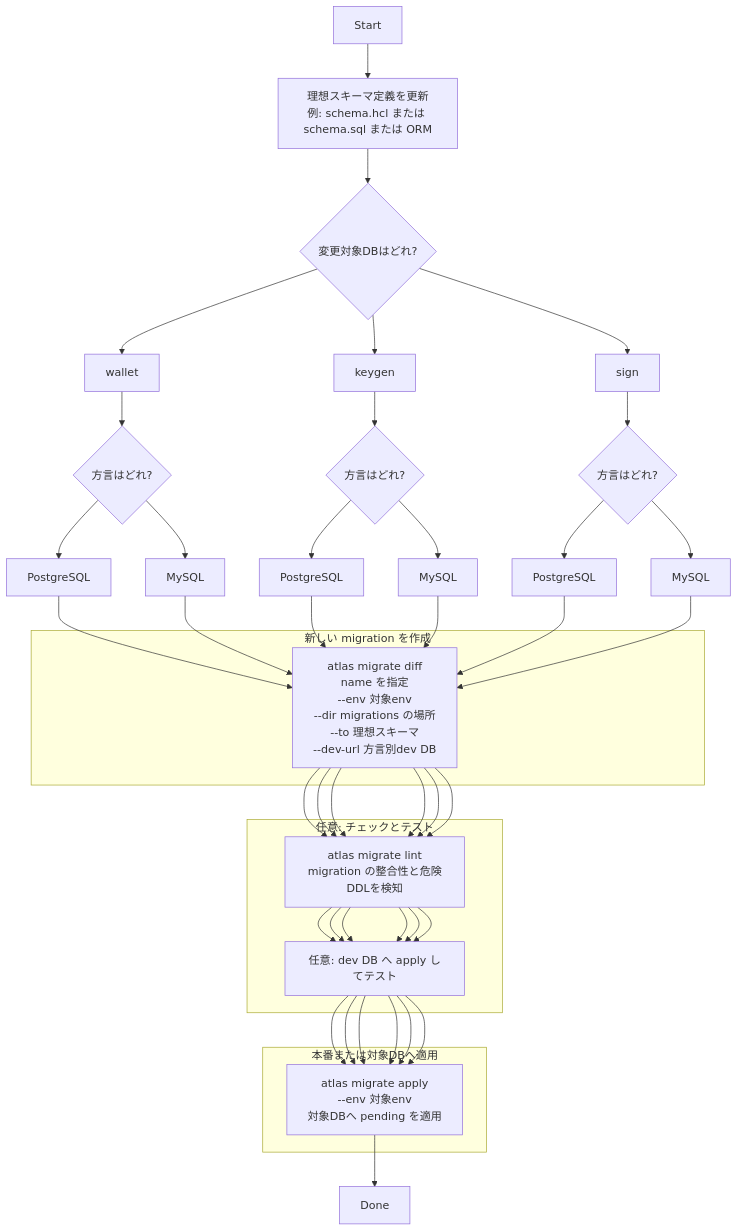
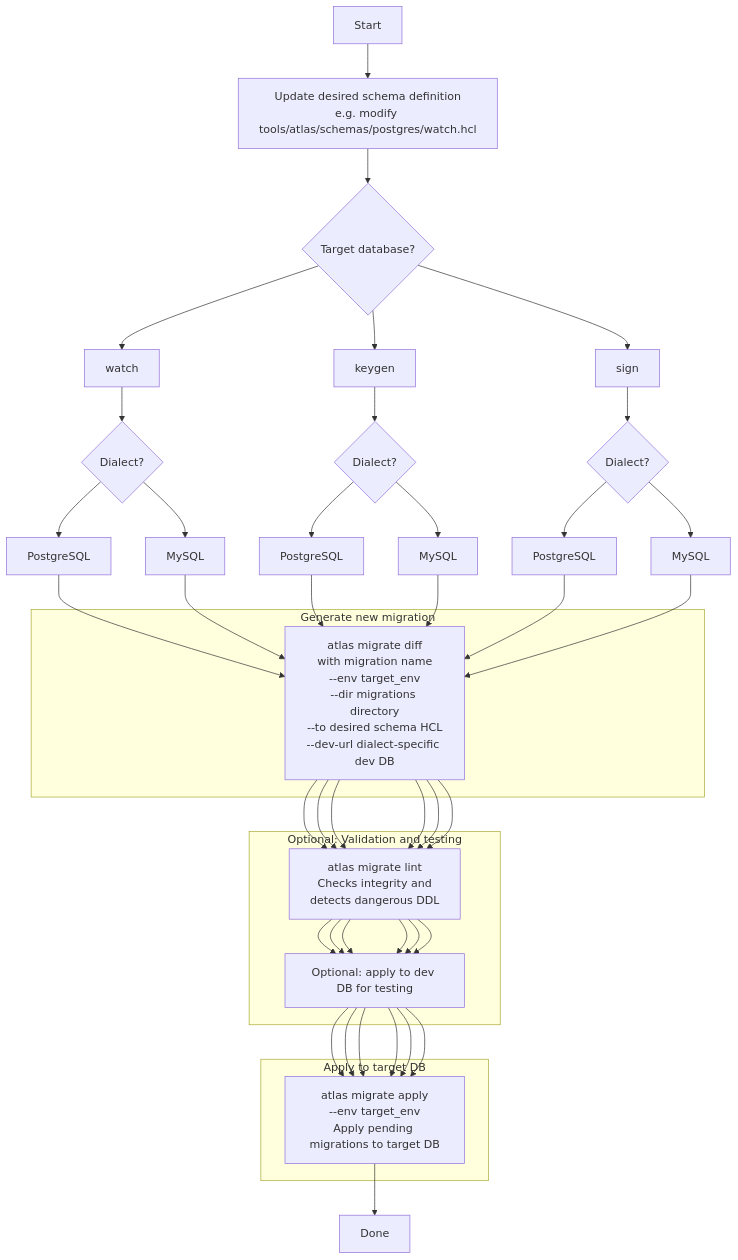
One commit to hiromaily/go-crypto-wallet changed the second of 3 diagrams in docs/database/atlas-migration-flow.md. Above: the diagram before and after it, drawn with Mermaid. The commit also changed other lines of this file and 1 other file, not shown here.

Commit message:
update documentation for database

````diff
--- a/docs/database/atlas-migration-flow.md
+++ b/docs/database/atlas-migration-flow.md
@@ -66,48 +99,48 @@
 ```mermaid
 flowchart TD
-  A[Start] --> B[理想スキーマ定義を更新\n例: schema.hcl または schema.sql または ORM]
-  B --> C{変更対象DBはどれ?}
+  A[Start] --> B[Update desired schema definition\ne.g. modify tools/atlas/schemas/postgres/watch.hcl]
+  B --> C{Target database?}
 
-  C --> W[wallet]
+  C --> W[watch]
   C --> K[keygen]
   C --> S[sign]
 
-  %% wallet dialect
-  W --> Wd{方言はどれ?}
+  %% watch dialect
+  W --> Wd{Dialect?}
   Wd --> Wpg[PostgreSQL]
   Wd --> Wmy[MySQL]
 
   %% keygen dialect
-  K --> Kd{方言はどれ?}
+  K --> Kd{Dialect?}
   Kd --> Kpg[PostgreSQL]
   Kd --> Kmy[MySQL]
 
   %% sign dialect
-  S --> Sd{方言はどれ?}
+  S --> Sd{Dialect?}
   Sd --> Spg[PostgreSQL]
   Sd --> Smy[MySQL]
 
-  subgraph M[新しい migration を作成]
-    M1[atlas migrate diff\nname を指定\n--env 対象env\n--dir migrations の場所\n--to 理想スキーマ\n--dev-url 方言別dev DB]
+  subgraph M[Generate new migration]
+    M1[atlas migrate diff\nwith migration name\n--env target_env\n--dir migrations directory\n--to desired schema HCL\n--dev-url dialect-specific dev DB]
   end
 
-  subgraph Q[任意: チェックとテスト]
-    L1[atlas migrate lint\nmigration の整合性と危険DDLを検知]
-    T1[任意: dev DB へ apply してテスト]
+  subgraph Q[Optional: Validation and testing]
+    L1[atlas migrate lint\nChecks integrity and\ndetects dangerous DDL]
+    T1[Optional: apply to dev DB for testing]
   end
 
-  subgraph AP[本番または対象DBへ適用]
-    A1[atlas migrate apply\n--env 対象env\n対象DBへ pending を適用]
+  subgraph AP[Apply to target DB]
+    A1[atlas migrate apply\n--env target_env\nApply pending migrations to target DB]
   end
 
   Wpg --> M1 --> L1 --> T1 --> A1
   Wmy --> M1 --> L1 --> T1 --> A1
 
   Kpg --> M1 --> L1 --> T1 --> A1
   Kmy --> M1 --> L1 --> T1 --> A1
 
   Spg --> M1 --> L1 --> T1 --> A1
   Smy --> M1 --> L1 --> T1 --> A1
 
   A1 --> Z[Done]
 ```
````
